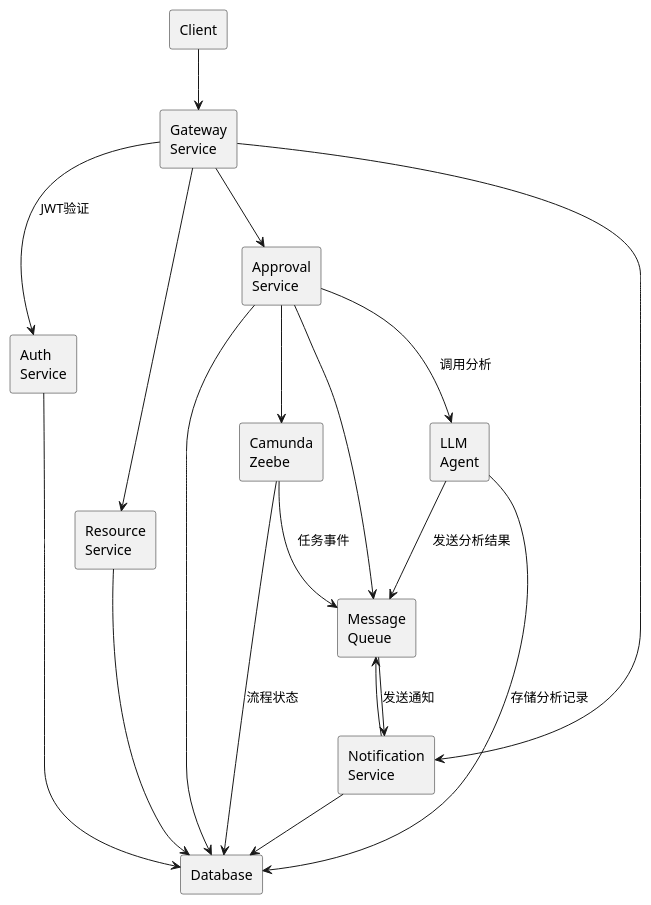
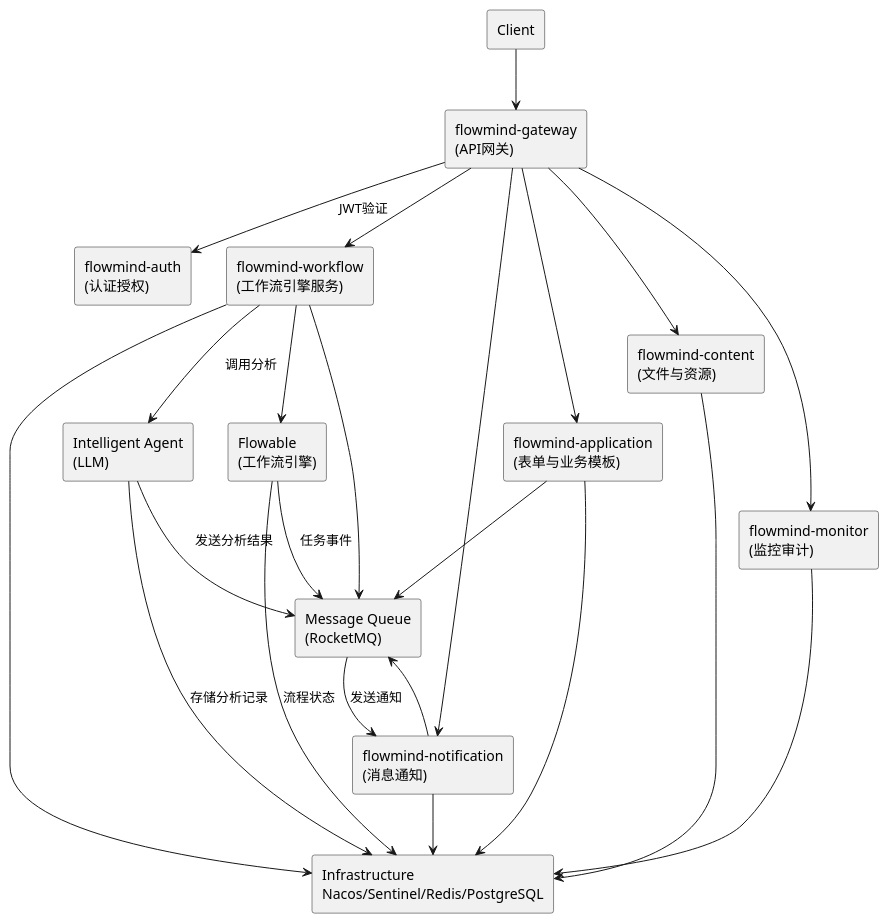
The diagram in src/series/myprojects/FlowMind/模块设计.md (Moonlight168/blog), drawn with PlantUML before and after one commit. The commit also changed other lines of this file and 59 other files, not shown here.

````diff
--- a/src/series/myprojects/FlowMind/模块设计.md
+++ b/src/series/myprojects/FlowMind/模块设计.md
@@ -488,43 +600,50 @@
 ```plantuml
 @startuml
 skinparam rectangleStyle rounded
 skinparam defaultFontName monospace
 
 rectangle "Client" as client
-rectangle "Gateway\nService" as gateway
-rectangle "Auth\nService" as auth
-rectangle "Approval\nService" as approval
-rectangle "Resource\nService" as resource
-rectangle "Notification\nService" as notification
-rectangle "LLM\nAgent" as agent
-rectangle "Camunda\nZeebe" as zeebe
-rectangle "Database" as db
-rectangle "Message\nQueue" as mq
+rectangle "flowmind-gateway\n(API网关)" as gateway
+rectangle "flowmind-auth\n(认证授权)" as auth
+rectangle "flowmind-workflow\n(工作流引擎服务)" as workflow
+rectangle "flowmind-application\n(表单与业务模板)" as application
+rectangle "flowmind-notification\n(消息通知)" as notification
+rectangle "flowmind-content\n(文件与资源)" as content
+rectangle "flowmind-monitor\n(监控审计)" as monitor
+rectangle "Intelligent Agent\n(LLM)" as agent
+rectangle "Flowable\n(工作流引擎)" as flowable
+rectangle "Infrastructure\nNacos/Sentinel/Redis/PostgreSQL" as infra
+rectangle "Message Queue\n(RocketMQ)" as mq
 
 client --> gateway
 gateway --> auth : JWT验证
-gateway --> approval
-gateway --> resource
+gateway --> workflow
+gateway --> application
 gateway --> notification
+gateway --> content
+gateway --> monitor
 
-approval --> db
-approval --> mq
-approval --> zeebe
-approval --> agent : 调用分析
+workflow --> infra
+workflow --> mq
+workflow --> flowable
+workflow --> agent : 调用分析
 
-resource --> db
+application --> infra
+application --> mq
 
-notification --> db
+content --> infra
+
+notification --> infra
 notification --> mq
 
-auth --> db
+monitor --> infra
 
 agent --> mq : 发送分析结果
-agent --> db : 存储分析记录
+agent --> infra : 存储分析记录
 
-zeebe --> mq : 任务事件
-zeebe --> db : 流程状态
+flowable --> mq : 任务事件
+flowable --> infra : 流程状态
 
 mq --> notification : 发送通知
 @enduml
 ```
````
